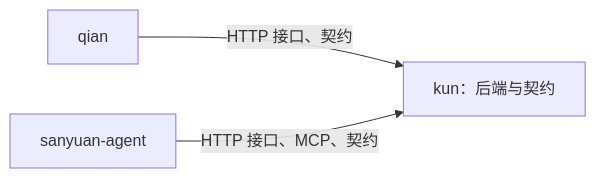
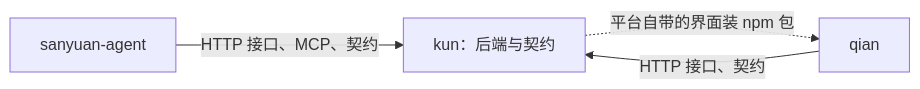
One commit to CavaiLAB/jiangxin changed the diagram in docs/05-repositories.md. Above: the diagram before and after it, drawn with Mermaid. The commit also changed other lines of this file and 6 other files, not shown here.

````diff
--- a/docs/05-repositories.md
+++ b/docs/05-repositories.md
@@ -64,8 +68,9 @@
 ```mermaid
 flowchart LR
   K["kun：后端与契约"]
   Q["qian"]
   S["sanyuan-agent"]
   Q -->|"HTTP 接口、契约"| K
   S -->|"HTTP 接口、MCP、契约"| K
+  K -.->|"平台自带的界面装 npm 包"| Q
 ```
````
